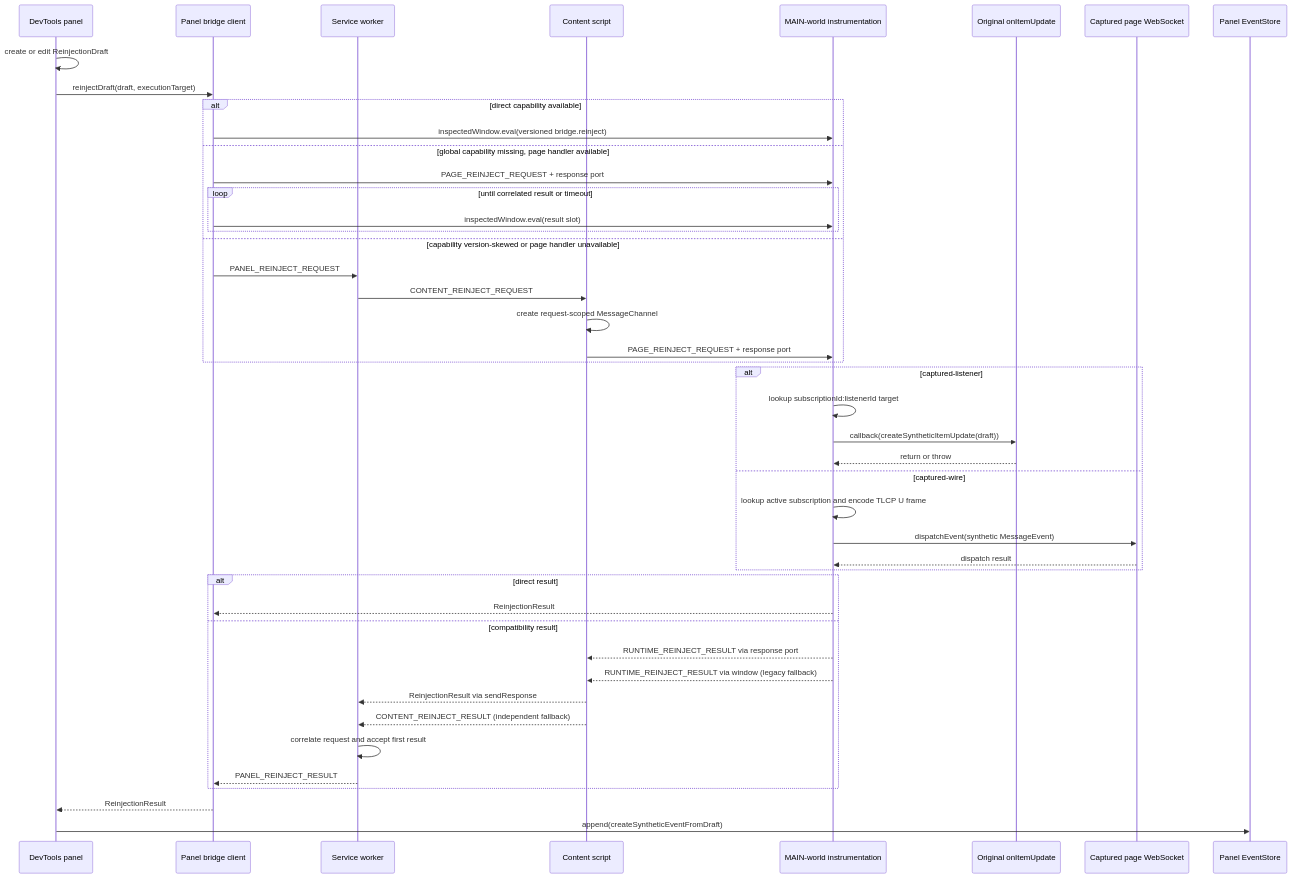
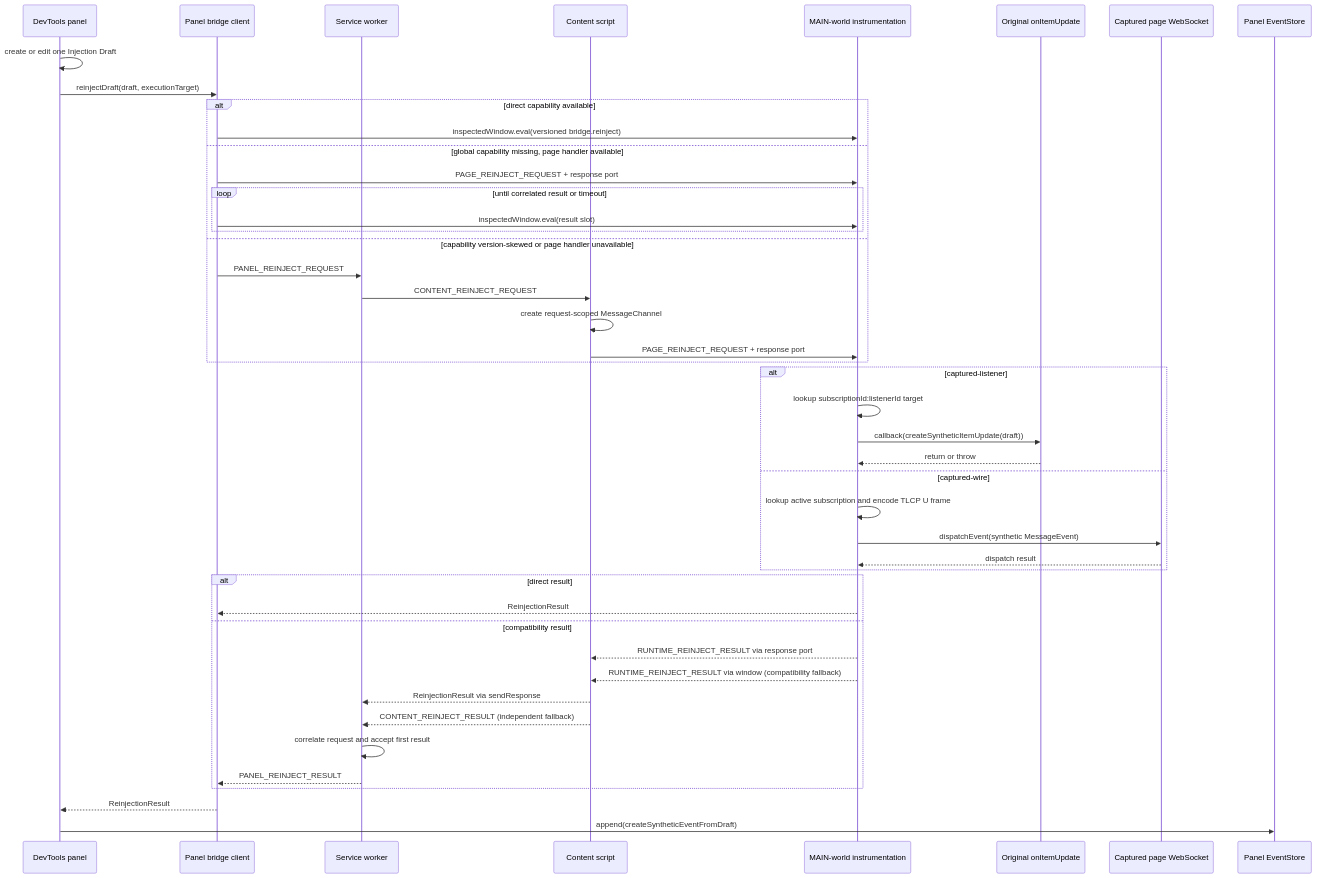
The seventh of 8 diagrams in docs/ARCHITECTURE.md (imom39a/lightstreamer-workbench-extension), drawn with Mermaid before and after one commit. The commit also changed other lines of this file and 133 other files, not shown here.

````diff
--- a/docs/ARCHITECTURE.md
+++ b/docs/ARCHITECTURE.md
@@ -691,48 +687,48 @@
 ```mermaid
 sequenceDiagram
   participant UI as DevTools panel
   participant PBC as Panel bridge client
   participant BG as Service worker
   participant CS as Content script
   participant Inj as MAIN-world instrumentation
   participant Listener as Original onItemUpdate
   participant WS as Captured page WebSocket
   participant Store as Panel EventStore
 
-  UI->>UI: create or edit ReinjectionDraft
+  UI->>UI: create or edit one Injection Draft
   UI->>PBC: reinjectDraft(draft, executionTarget)
   alt direct capability available
     PBC->>Inj: inspectedWindow.eval(versioned bridge.reinject)
   else global capability missing, page handler available
     PBC->>Inj: PAGE_REINJECT_REQUEST + response port
     loop until correlated result or timeout
       PBC->>Inj: inspectedWindow.eval(result slot)
     end
   else capability version-skewed or page handler unavailable
     PBC->>BG: PANEL_REINJECT_REQUEST
     BG->>CS: CONTENT_REINJECT_REQUEST
     CS->>CS: create request-scoped MessageChannel
     CS->>Inj: PAGE_REINJECT_REQUEST + response port
   end
   alt captured-listener
     Inj->>Inj: lookup subscriptionId:listenerId target
     Inj->>Listener: callback(createSyntheticItemUpdate(draft))
     Listener-->>Inj: return or throw
   else captured-wire
     Inj->>Inj: lookup active subscription and encode TLCP U frame
     Inj->>WS: dispatchEvent(synthetic MessageEvent)
     WS-->>Inj: dispatch result
   end
   alt direct result
     Inj-->>PBC: ReinjectionResult
   else compatibility result
     Inj-->>CS: RUNTIME_REINJECT_RESULT via response port
-    Inj-->>CS: RUNTIME_REINJECT_RESULT via window (legacy fallback)
+    Inj-->>CS: RUNTIME_REINJECT_RESULT via window (compatibility fallback)
     CS-->>BG: ReinjectionResult via sendResponse
     CS-->>BG: CONTENT_REINJECT_RESULT (independent fallback)
     BG->>BG: correlate request and accept first result
     BG-->>PBC: PANEL_REINJECT_RESULT
   end
   PBC-->>UI: ReinjectionResult
   UI->>Store: append(createSyntheticEventFromDraft)
 ```
````
